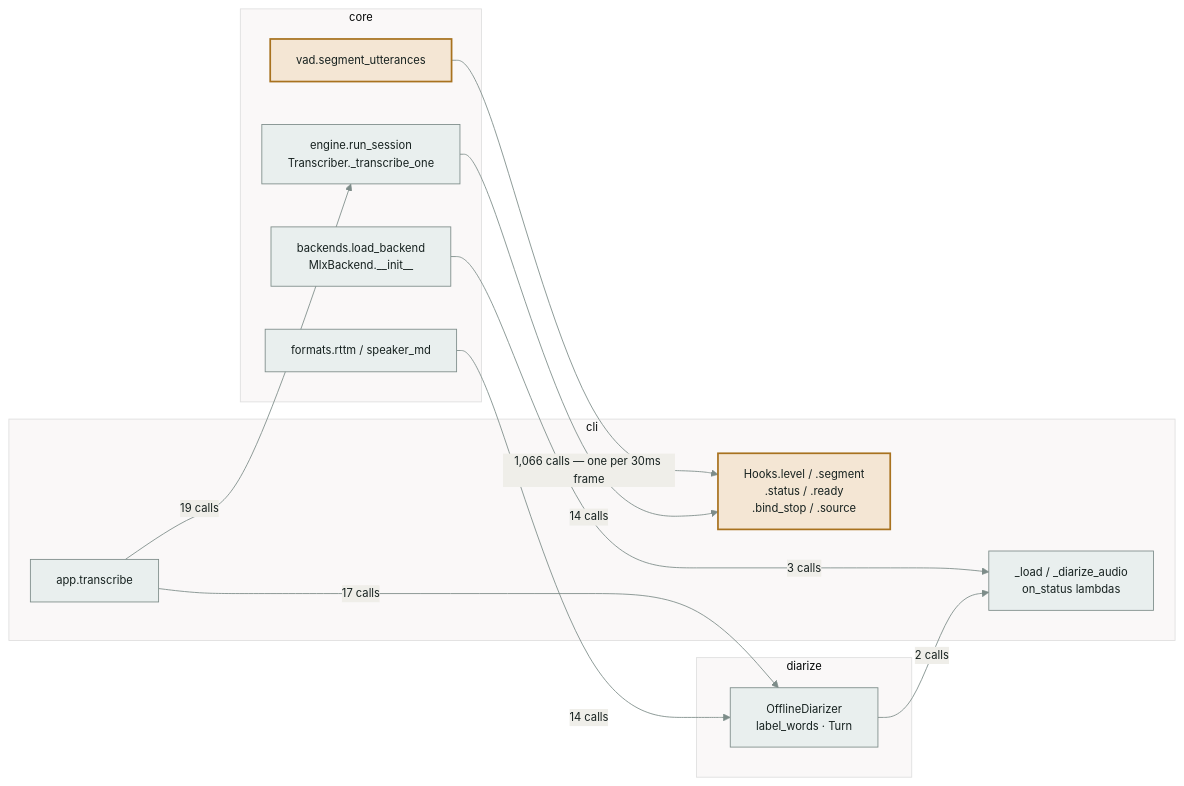
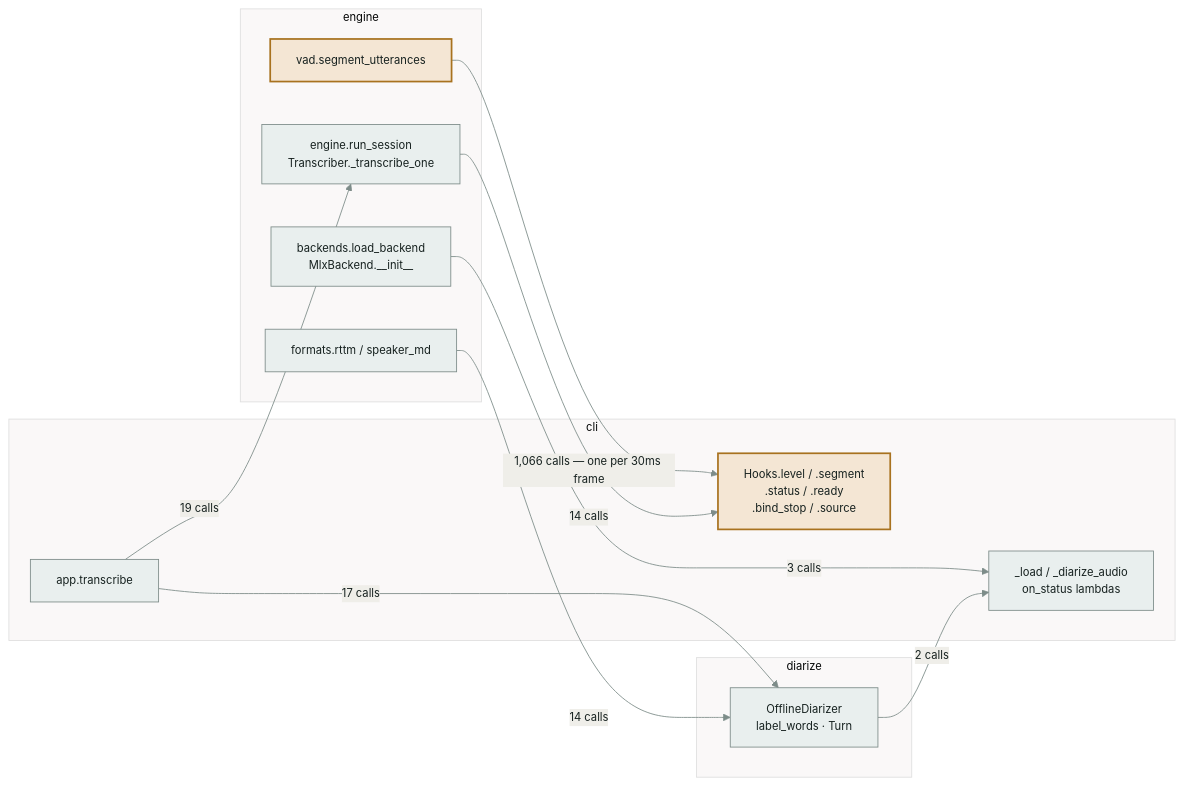
The second of 2 diagrams in docs/research/2026-08-21-module-boundaries.md (apostolos-geyer/mouth), drawn with Mermaid before and after one commit. The commit also changed other lines of this file and 3 other files, not shown here.

````diff
--- a/docs/research/2026-08-21-module-boundaries.md
+++ b/docs/research/2026-08-21-module-boundaries.md
@@ -198,29 +211,29 @@
 ```mermaid
 %%{init: {"theme":"base","themeVariables":{"primaryColor":"#e9efee","primaryTextColor":"#16211f","primaryBorderColor":"#7d8c89","lineColor":"#7d8c89","fontFamily":"IBM Plex Mono, ui-monospace, monospace","fontSize":"13px"}}}%%
 graph LR
     subgraph cli["cli"]
       hooks["Hooks.level / .segment<br/>.status / .ready<br/>.bind_stop / .source"]
       onstatus["_load / _diarize_audio<br/>on_status lambdas"]
       cmd["app.transcribe"]
     end
-    subgraph core["core"]
+    subgraph engine["engine"]
       vadm["vad.segment_utterances"]
       eng["engine.run_session<br/>Transcriber._transcribe_one"]
       be["backends.load_backend<br/>MlxBackend.__init__"]
       fmt["formats.rttm / speaker_md"]
     end
     subgraph dia["diarize"]
       dz["OfflineDiarizer<br/>label_words · Turn"]
     end
 
     cmd -->|"19 calls"| eng
     cmd -->|"17 calls"| dz
     vadm -->|"1,066 calls — one per 30ms frame"| hooks
     eng -->|"14 calls"| hooks
     be -->|"3 calls"| onstatus
     dz -->|"2 calls"| onstatus
     fmt -->|"14 calls"| dz
 
     classDef hot fill:#f4e6d4,stroke:#a8721f,stroke-width:2px;
     class hooks,vadm hot;
 ```
````
